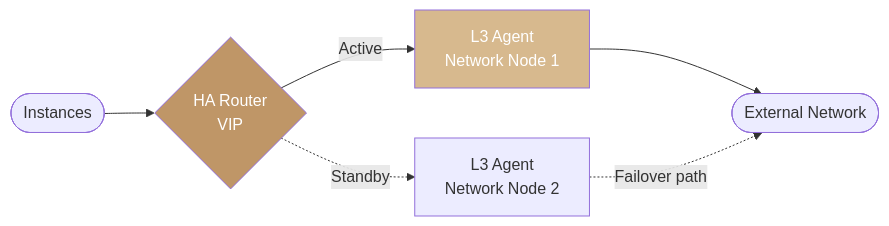
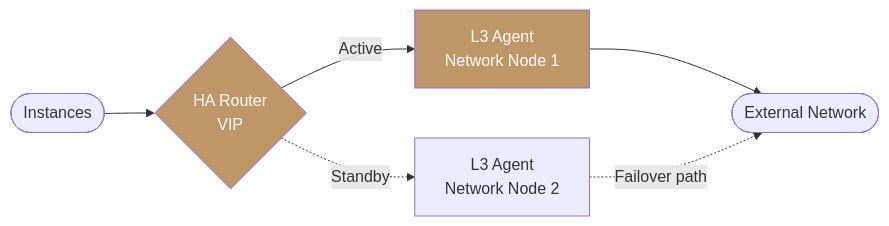
One commit to ankur-kumar87/docs-polystack changed the diagram in services/networking/l3-routing.mdx. Above: the diagram before and after it, drawn with Mermaid. The commit also changed other lines of this file and 186 other files, not shown here.

````diff
--- a/services/networking/l3-routing.mdx
+++ b/services/networking/l3-routing.mdx
@@ -34,10 +34,10 @@
 ```mermaid
 graph LR
     INST([Instances]) --> HA_R{HA Router<br/>VIP}
     HA_R -->|Active| L3_1[L3 Agent<br/>Network Node 1]
     HA_R -.->|Standby| L3_2[L3 Agent<br/>Network Node 2]
     L3_1 --> EXT([External Network])
     L3_2 -.->|Failover path| EXT
     style HA_R fill:#bf9667,color:#fff
-    style L3_1 fill:#d7b98e,color:#fff
+    style L3_1 fill:#bf9667,color:#fff
 ```
````
